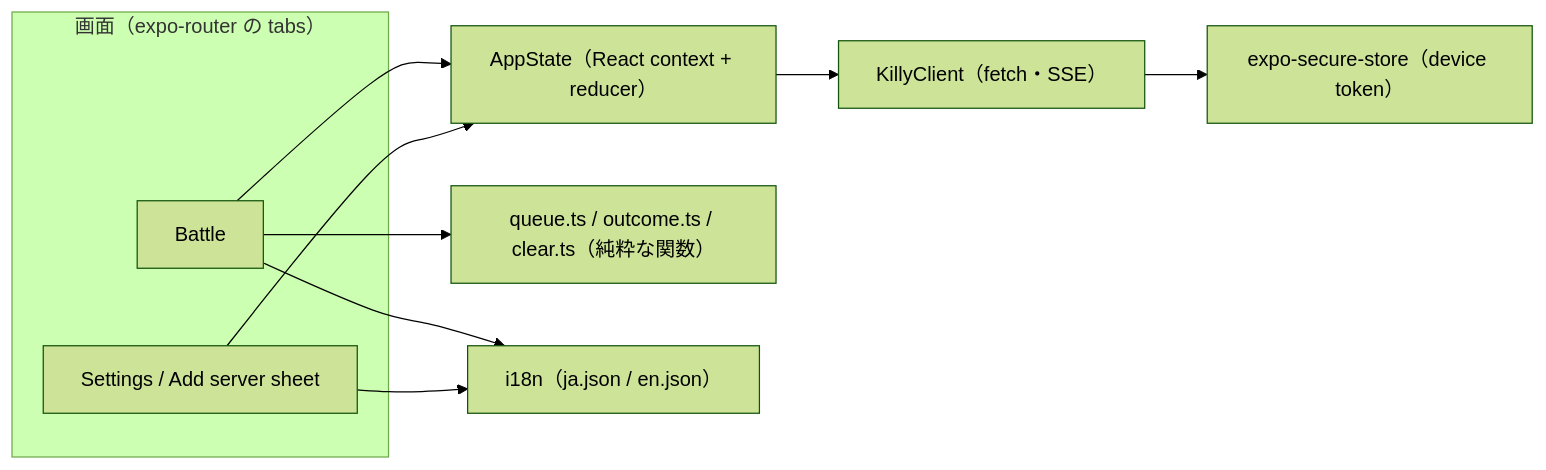
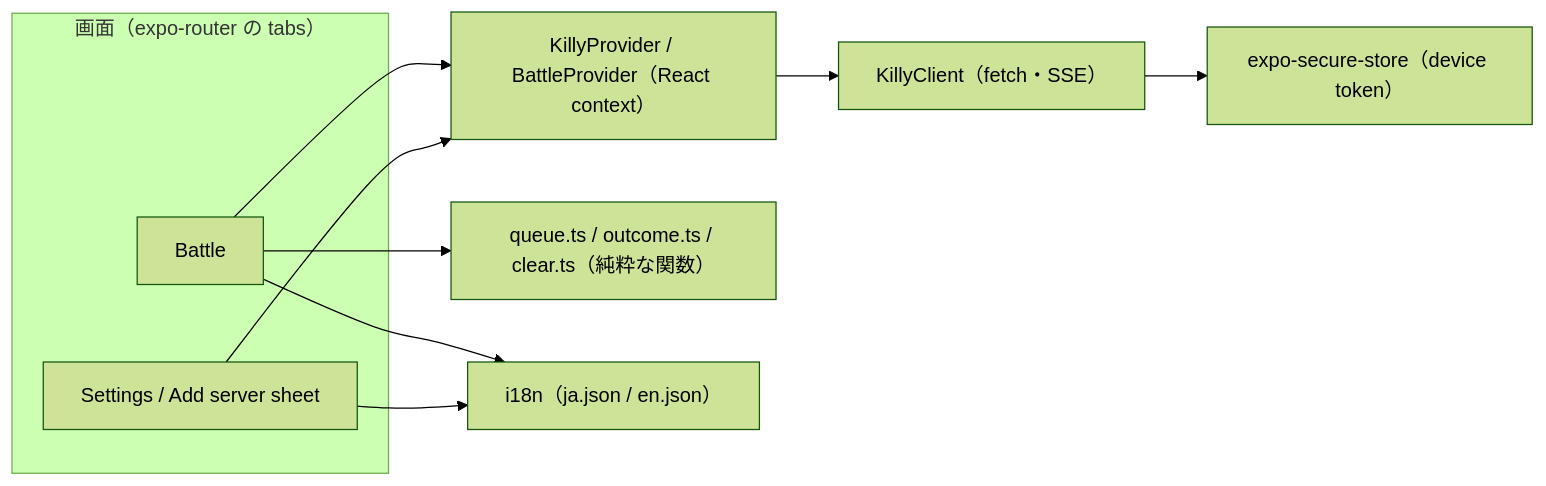
The diagram in .kiro/specs/mobile-battle-slice/design.md (sumiredc/killy), drawn with Mermaid (forest theme) before and after one commit. The commit also changed other lines of this file and 1 other file, not shown here.

````diff
--- a/.kiro/specs/mobile-battle-slice/design.md
+++ b/.kiro/specs/mobile-battle-slice/design.md
@@ -11,18 +11,18 @@
 ```mermaid
 flowchart LR
   subgraph UI["画面（expo-router の tabs）"]
     B["Battle"]
     S["Settings / Add server sheet"]
   end
-  ST["AppState（React context + reducer）"]
+  ST["KillyProvider / BattleProvider（React context）"]
   Q["queue.ts / outcome.ts / clear.ts（純粋な関数）"]
   C["KillyClient（fetch・SSE）"]
   SEC["expo-secure-store（device token）"]
   I18N["i18n（ja.json / en.json）"]
   B --> ST
   S --> ST
   B --> Q
   ST --> C --> SEC
   B --> I18N
   S --> I18N
 ```
````
